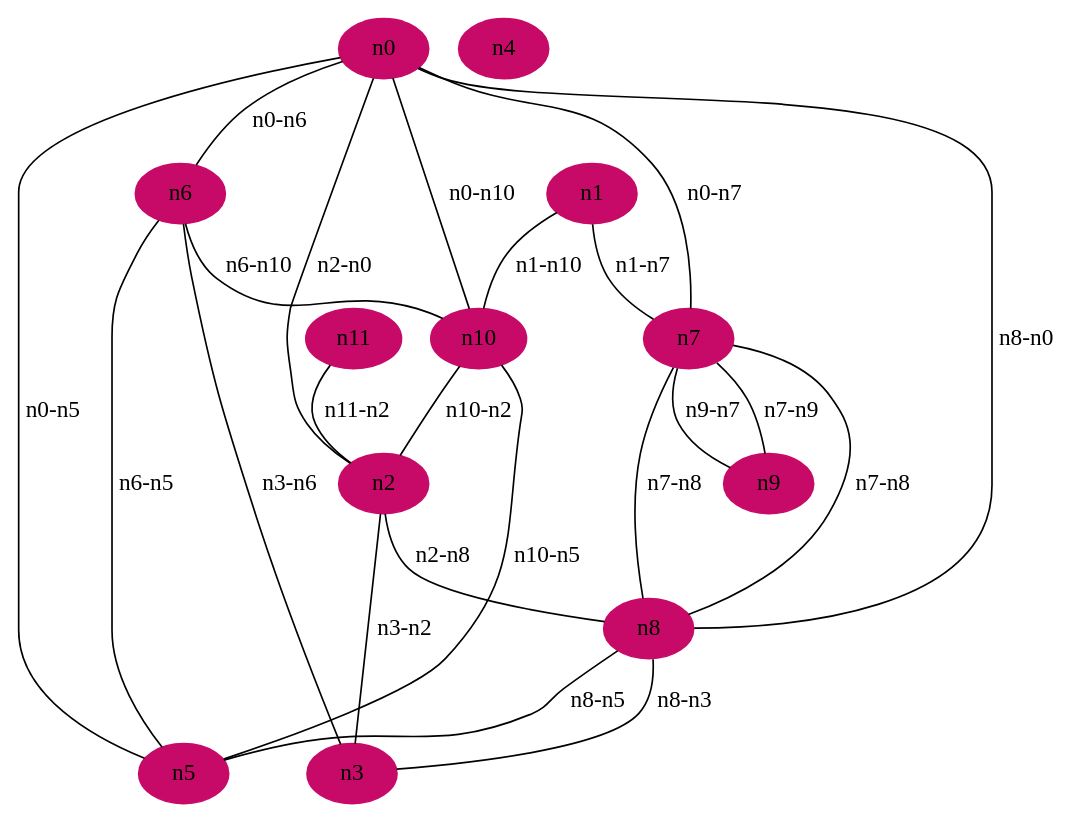
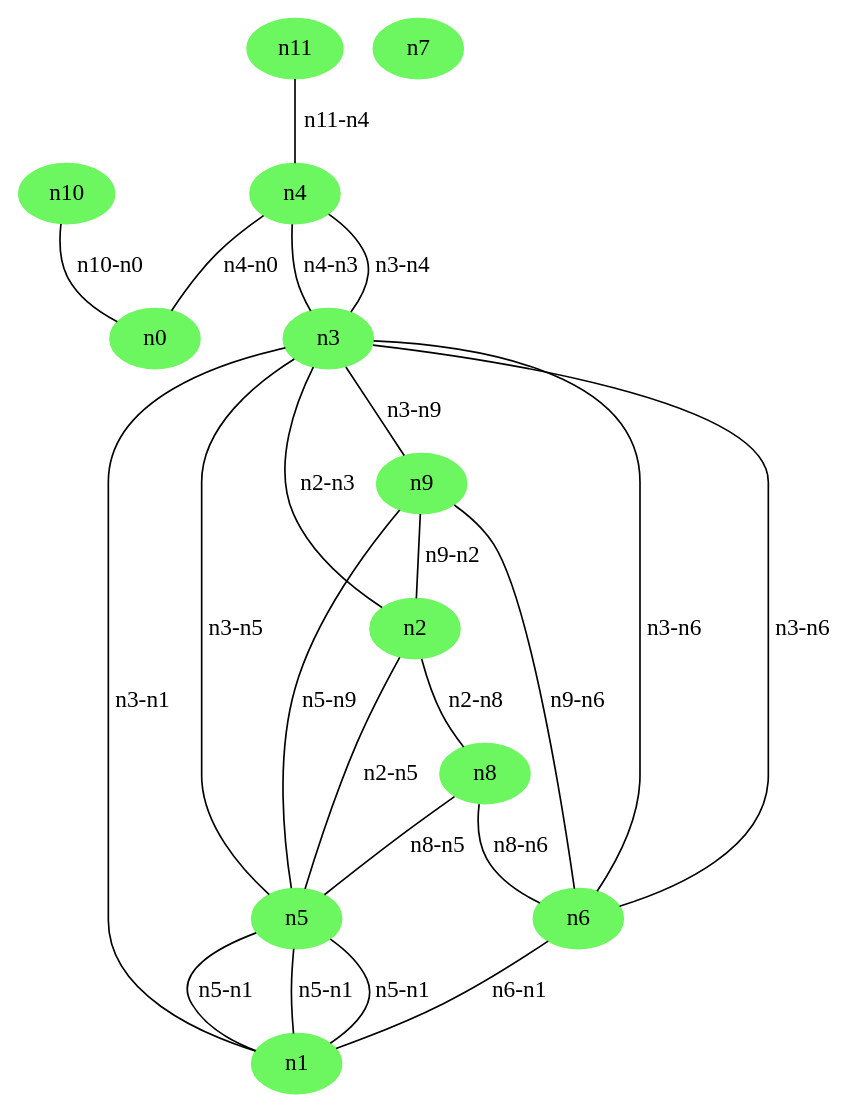
One commit to mLavacca/graph-creator changed the diagram in exp_graphs/depGraph2.dot. Above: the diagram before and after it, drawn with Graphviz. The commit also changed 4 other files, not shown here.

Commit message:
exp-graphs added

```diff
--- a/exp_graphs/depGraph2.dot
+++ b/exp_graphs/depGraph2.dot
@@ -1,37 +1,37 @@
 graph{
-	node[style="filled", color="#C70A67"]
-	0[label="cpuOffloading - request:180.85 - limit:219.90", label="n0"];
-	1[label="cpuOffloading - request:285.82 - limit:343.14", label="n1"];
-	2[label="cpuOffloading - request:265.89 - limit:328.63", label="n2"];
-	3[label="cpuOffloading - request:243.44 - limit:266.82", label="n3"];
-	4[label="cpuOffloading - request:207.04 - limit:396.84", label="n4"];
-	5[label="cpuOffloading - request:225.44 - limit:249.92", label="n5"];
-	6[label="cpuOffloading - request:243.52 - limit:358.18", label="n6"];
-	7[label="cpuOffloading - request:184.04 - limit:357.91", label="n7"];
-	8[label="cpuOffloading - request:212.12 - limit:353.10", label="n8"];
-	9[label="cpuOffloading - request:149.58 - limit:159.60", label="n9"];
-	10[label="cpuOffloading - request:147.89 - limit:343.45", label="n10"];
-	11[label="cpuOffloading - request:200.28 - limit:333.21", label="n11"];
-	9 -- 7[label="latency - value:26.22", label="n9-n7"];
-	6 -- 5[label="latency - value:10.31", label="n6-n5"];
-	10 -- 5[label="latency - value:29.88", label="n10-n5"];
-	0 -- 6[label="latency - value:25.13", label="n0-n6"];
-	11 -- 2[label="latency - value:13.75", label="n11-n2"];
-	2 -- 0[label="latency - value:19.55", label="n2-n0"];
-	1 -- 10[label="latency - value:26.52", label="n1-n10"];
-	1 -- 7[label="latency - value:17.09", label="n1-n7"];
-	3 -- 2[label="latency - value:11.28", label="n3-n2"];
-	0 -- 7[label="latency - value:26.62", label="n0-n7"];
-	7 -- 9[label="latency - value:29.74", label="n7-n9"];
-	7 -- 8[label="latency - value:25.54", label="n7-n8"];
-	7 -- 8[label="latency - value:22.98", label="n7-n8"];
-	6 -- 10[label="latency - value:26.11", label="n6-n10"];
-	8 -- 0[label="latency - value:26.18", label="n8-n0"];
-	2 -- 8[label="latency - value:24.63", label="n2-n8"];
-	3 -- 6[label="latency - value:18.64", label="n3-n6"];
-	0 -- 10[label="latency - value:23.32", label="n0-n10"];
-	0 -- 5[label="latency - value:12.27", label="n0-n5"];
-	8 -- 5[label="latency - value:28.70", label="n8-n5"];
-	8 -- 3[label="latency - value:22.93", label="n8-n3"];
-	10 -- 2[label="latency - value:27.30", label="n10-n2"];
+	node[style="filled", color="#6CF65F"]
+	0[label="cpuOffloading - request:404.95 - limit:403.75", label="n0"];
+	1[label="cpuOffloading - request:602.58 - limit:527.90", label="n1"];
+	2[label="cpuOffloading - request:128.71 - limit:133.95", label="n2"];
+	3[label="cpuOffloading - request:289.05 - limit:376.99", label="n3"];
+	4[label="cpuOffloading - request:136.64 - limit:190.28", label="n4"];
+	5[label="cpuOffloading - request:130.35 - limit:147.98", label="n5"];
+	6[label="cpuOffloading - request:733.18 - limit:605.00", label="n6"];
+	7[label="cpuOffloading - request:575.66 - limit:431.70", label="n7"];
+	8[label="cpuOffloading - request:703.26 - limit:503.47", label="n8"];
+	9[label="cpuOffloading - request:606.49 - limit:404.82", label="n9"];
+	10[label="cpuOffloading - request:450.73 - limit:445.23", label="n10"];
+	11[label="cpuOffloading - request:495.08 - limit:427.73", label="n11"];
+	10 -- 0[label="latency - value:24.41", label="n10-n0"];
+	11 -- 4[label="latency - value:19.00", label="n11-n4"];
+	9 -- 2[label="latency - value:15.73", label="n9-n2"];
+	4 -- 3[label="latency - value:18.50", label="n4-n3"];
+	8 -- 5[label="latency - value:9.86", label="n8-n5"];
+	3 -- 4[label="latency - value:19.07", label="n3-n4"];
+	3 -- 5[label="latency - value:51.29", label="n3-n5"];
+	4 -- 0[label="latency - value:74.34", label="n4-n0"];
+	5 -- 1[label="latency - value:67.90", label="n5-n1"];
+	2 -- 3[label="latency - value:51.17", label="n2-n3"];
+	5 -- 1[label="latency - value:11.92", label="n5-n1"];
+	2 -- 8[label="latency - value:57.31", label="n2-n8"];
+	3 -- 9[label="latency - value:31.59", label="n3-n9"];
+	8 -- 6[label="latency - value:40.69", label="n8-n6"];
+	2 -- 5[label="latency - value:27.21", label="n2-n5"];
+	9 -- 6[label="latency - value:31.58", label="n9-n6"];
+	6 -- 1[label="latency - value:54.70", label="n6-n1"];
+	3 -- 1[label="latency - value:54.17", label="n3-n1"];
+	5 -- 1[label="latency - value:65.18", label="n5-n1"];
+	5 -- 9[label="latency - value:8.02", label="n5-n9"];
+	3 -- 6[label="latency - value:46.77", label="n3-n6"];
+	3 -- 6[label="latency - value:24.45", label="n3-n6"];
 }
```
